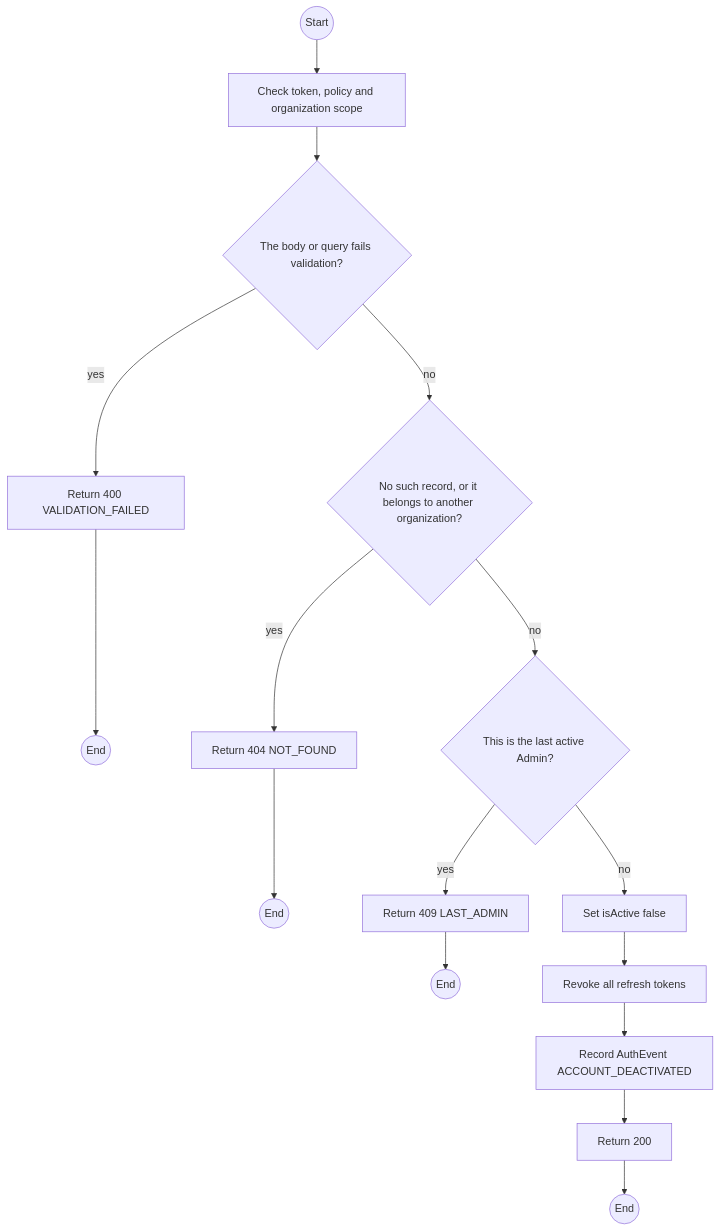
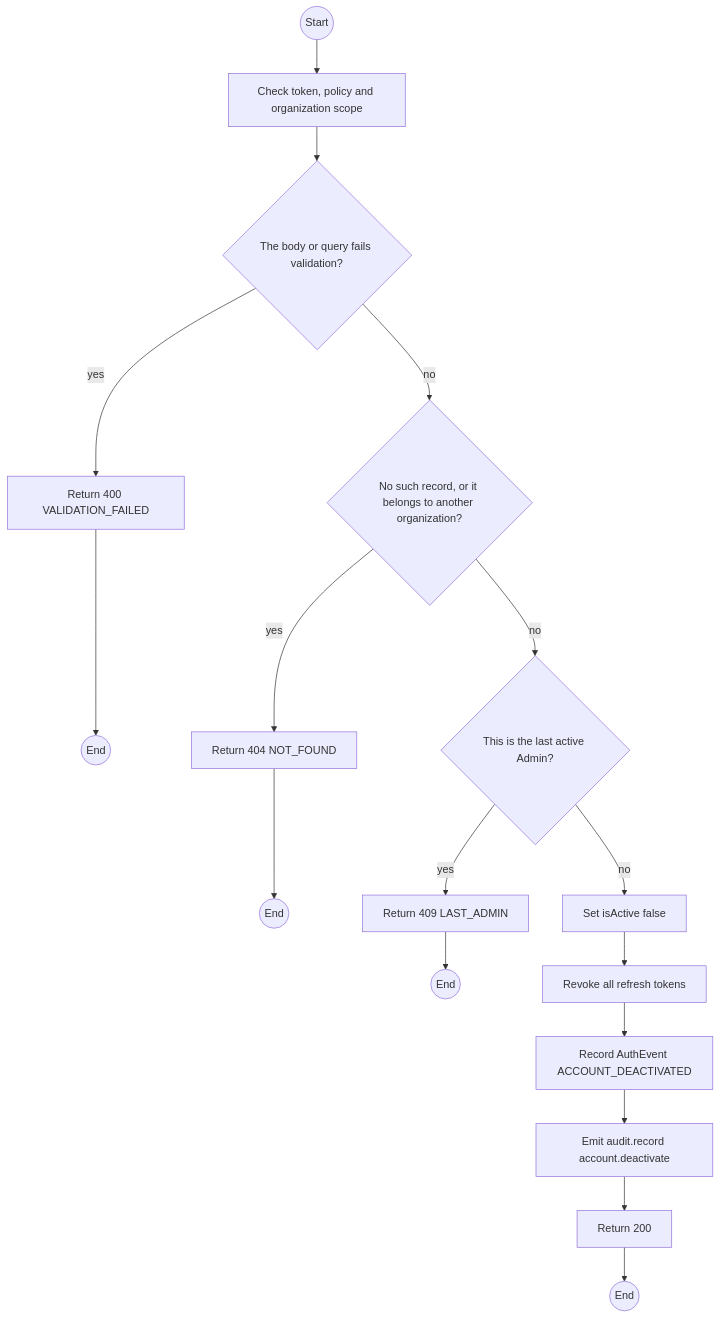
The first of 2 diagrams in specs/auth/api-design/12-post-accounts-id-deactivate.md (TrekLink-Team/treklink-web), drawn with Mermaid before and after one commit. The commit also changed other lines of this file and 4 other files, not shown here.

````diff
--- a/specs/auth/api-design/12-post-accounts-id-deactivate.md
+++ b/specs/auth/api-design/12-post-accounts-id-deactivate.md
@@ -158,30 +158,32 @@
 ```mermaid
 flowchart TB
     S((Start))
     A0["Check token, policy and organization scope"]
     S --> A0
     D1{"The body or query fails validation?"}
     A0 --> D1
     E1["Return 400 VALIDATION_FAILED"]
     D1 -->|yes| E1
     E1 --> X1((End))
     D2{"No such record, or it belongs to another organization?"}
     D1 -->|no| D2
     E2["Return 404 NOT_FOUND"]
     D2 -->|yes| E2
     E2 --> X2((End))
     D3{"This is the last active Admin?"}
     D2 -->|no| D3
     E3["Return 409 LAST_ADMIN"]
     D3 -->|yes| E3
     E3 --> X3((End))
     P0["Set isActive false"]
     D3 -->|no| P0
     P1["Revoke all refresh tokens"]
     P0 --> P1
     P2["Record AuthEvent ACCOUNT_DEACTIVATED"]
     P1 --> P2
+    P3["Emit audit.record account.deactivate"]
+    P2 --> P3
     OK["Return 200"]
-    P2 --> OK
+    P3 --> OK
     OK --> Z((End))
 ```
````
